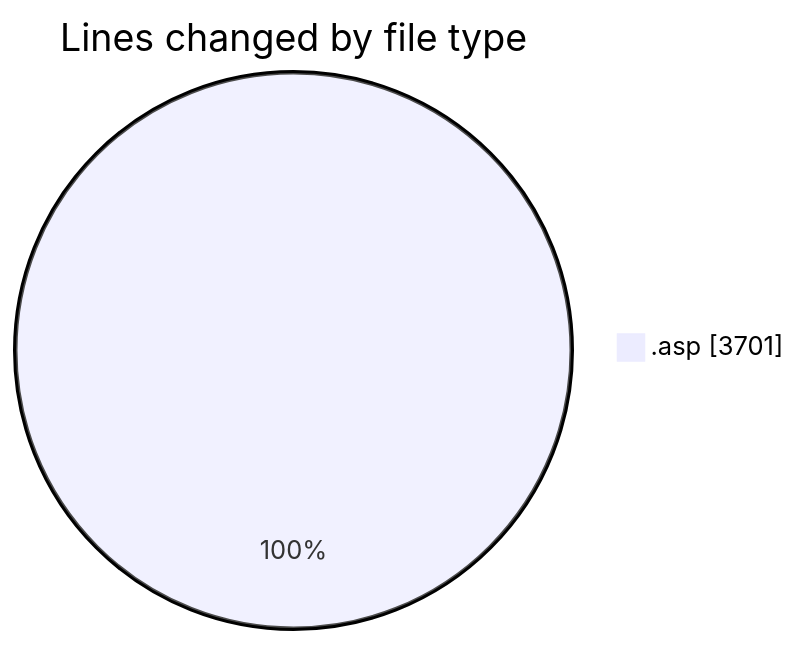
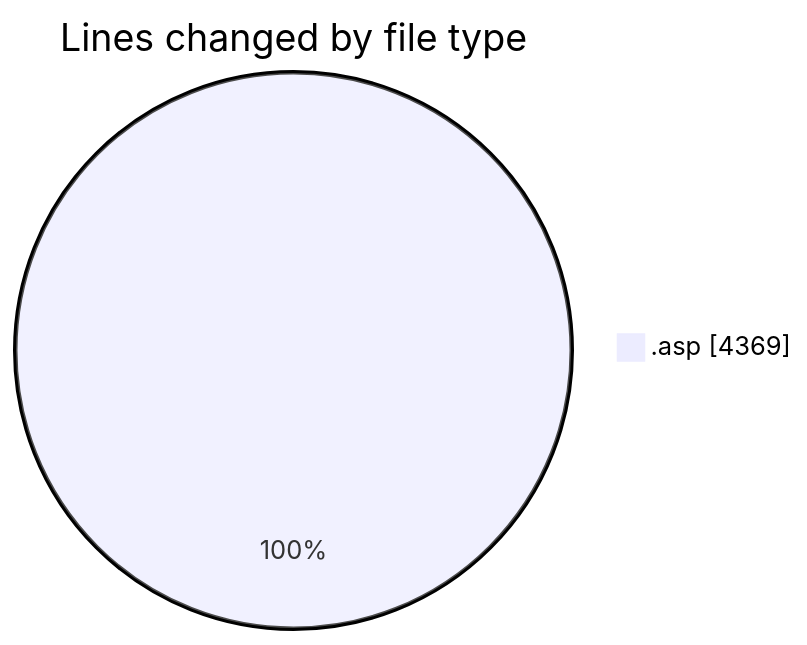
One commit to julien-gomy/code-tracking changed the first of 2 diagrams in 2025-11-18/cdp_aleoudev_fr__workspace_/README.md. Above: the diagram before and after it, drawn with Mermaid. The commit also changed other lines of this file and 1 other file, not shown here.

````diff
--- a/2025-11-18/cdp_aleoudev_fr__workspace_/README.md
+++ b/2025-11-18/cdp_aleoudev_fr__workspace_/README.md
@@ -25,5 +26,5 @@
 ```mermaid
 pie showData
 title Lines changed by file type
-".asp" : 3701
+".asp" : 4369
 ```
````
